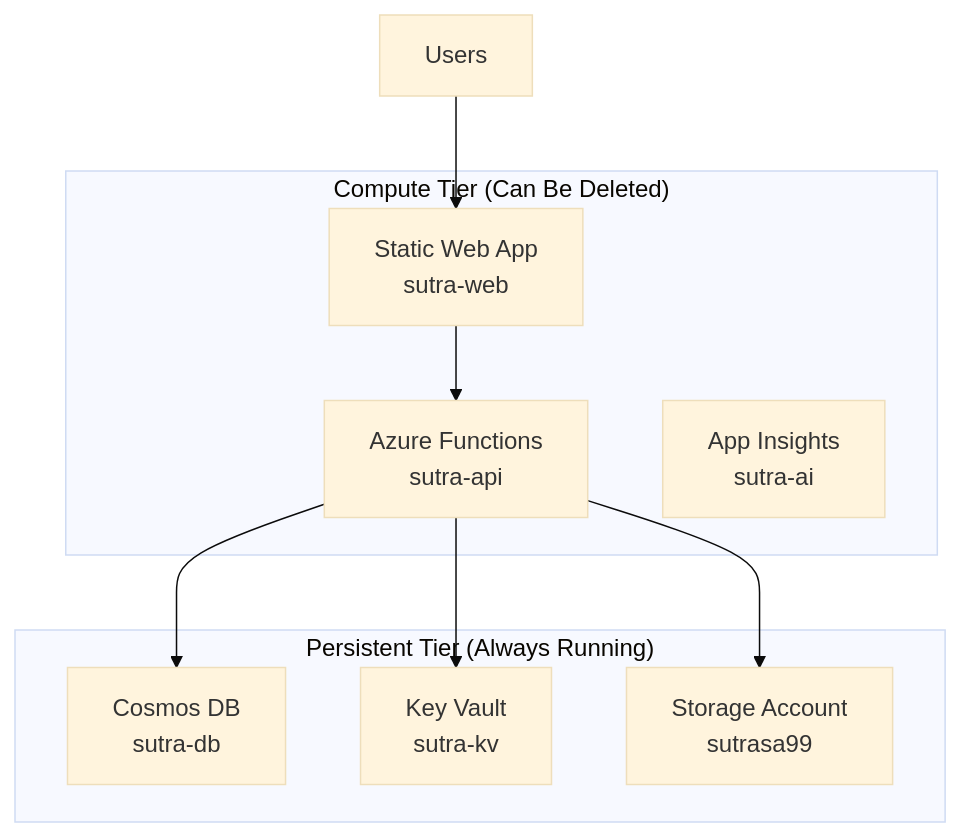
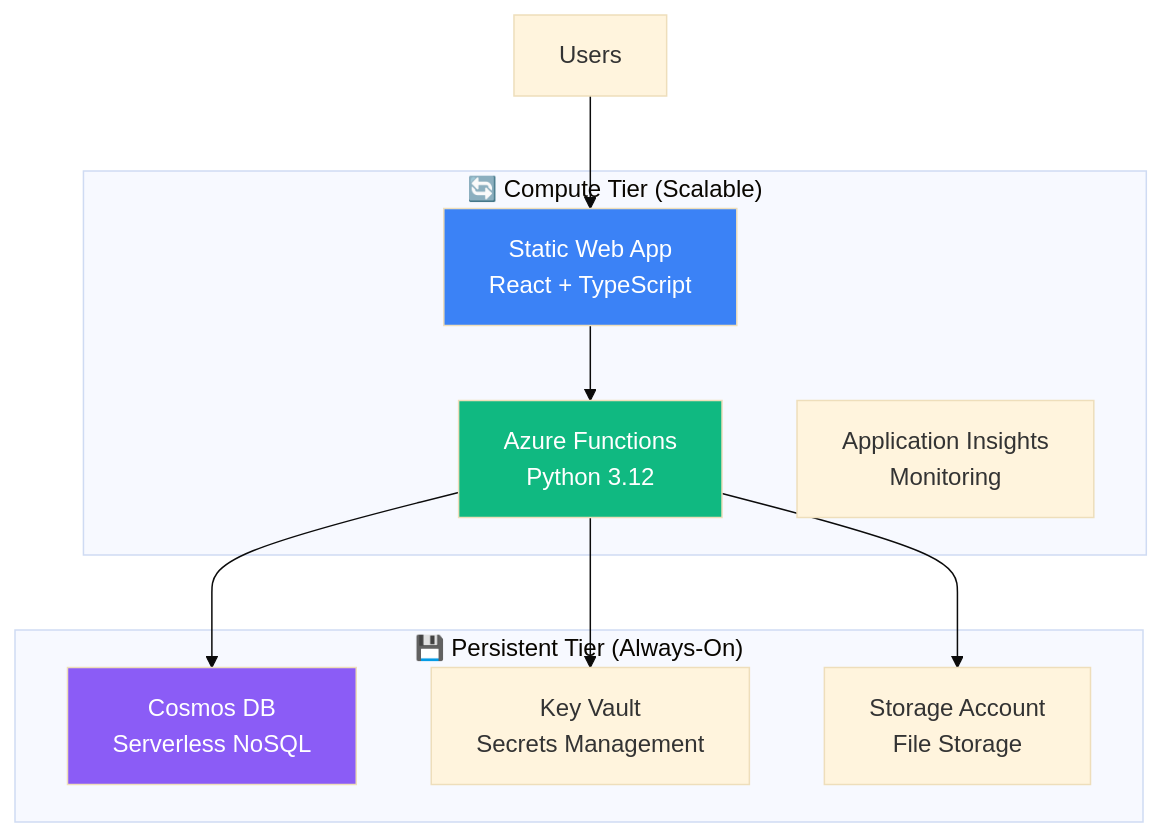
The diagram in README.md (vedprakash-m/sutra), drawn with Mermaid (base theme) before and after one commit. The commit also changed other lines of this file and 26 other files, not shown here.

````diff
--- a/README.md
+++ b/README.md
@@ -50,20 +83,24 @@
 ```mermaid
 graph TB
-    subgraph "Persistent Tier (Always Running)"
-        DB[Cosmos DB<br/>sutra-db]
-        KV[Key Vault<br/>sutra-kv]
-        SA[Storage Account<br/>sutrasa99]
+    subgraph "🔄 Compute Tier (Scalable)"
+        WEB[Static Web App<br/>React + TypeScript]
+        API[Azure Functions<br/>Python 3.12]
+        AI[Application Insights<br/>Monitoring]
     end
 
-    subgraph "Compute Tier (Can Be Deleted)"
-        API[Azure Functions<br/>sutra-api]
-        WEB[Static Web App<br/>sutra-web]
-        AI[App Insights<br/>sutra-ai]
+    subgraph "💾 Persistent Tier (Always-On)"
+        DB[Cosmos DB<br/>Serverless NoSQL]
+        KV[Key Vault<br/>Secrets Management]
+        SA[Storage Account<br/>File Storage]
     end
 
     Users --> WEB
     WEB --> API
     API --> DB
     API --> KV
     API --> SA
+
+    style WEB fill:#3b82f6,color:#fff
+    style API fill:#10b981,color:#fff
+    style DB fill:#8b5cf6,color:#fff
 ```
````
